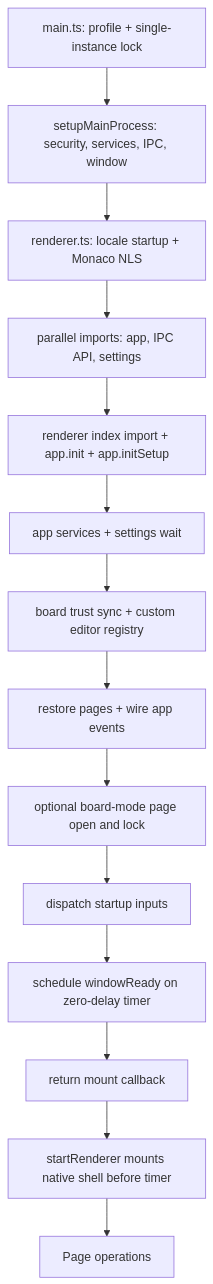
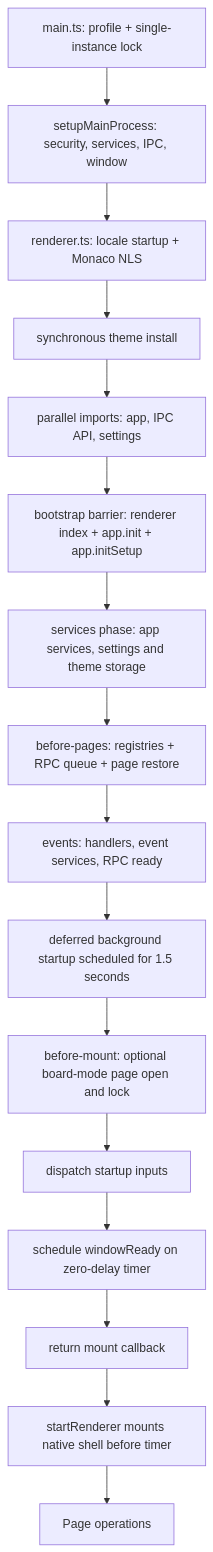
The first of 4 diagrams in doc/architecture/pages-architecture.md (andriy-viyatyk/persephone), drawn with Mermaid before and after one commit. The commit also changed other lines of this file and 71 other files, not shown here.

Commit message:
EPIC-155: Refactoring Phase 5.5 - settings schema, settings effects, theme startup and the startup phase table

````diff
--- a/doc/architecture/pages-architecture.md
+++ b/doc/architecture/pages-architecture.md
@@ -26,16 +32,18 @@
 ```mermaid
 graph TD
     M["main.ts: profile + single-instance lock"] --> S["setupMainProcess: security, services, IPC, window"]
     S --> R["renderer.ts: locale startup + Monaco NLS"]
-    R --> P["parallel imports: app, IPC API, settings"]
-    P --> I["renderer index import + app.init + app.initSetup"]
-    I --> V["app services + settings wait"]
-    V --> T["board trust sync + custom editor registry"]
-    T --> L["restore pages + wire app events"]
-    L --> B["optional board-mode page open and lock"]
+    R --> T["synchronous theme install"]
+    T --> P["parallel imports: app, IPC API, settings"]
+    P --> I["bootstrap barrier: renderer index + app.init + app.initSetup"]
+    I --> V["services phase: app services, settings and theme storage"]
+    V --> G["before-pages: registries + RPC queue + page restore"]
+    G --> L["events: handlers, event services, RPC ready"]
+    L --> D["deferred background startup scheduled for 1.5 seconds"]
+    D --> B["before-mount: optional board-mode page open and lock"]
     B --> O["dispatch startup inputs"]
     O --> W["schedule windowReady on zero-delay timer"]
     W --> C["return mount callback"]
     C --> H["startRenderer mounts native shell before timer"]
     H --> U["Page operations"]
 ```
````
